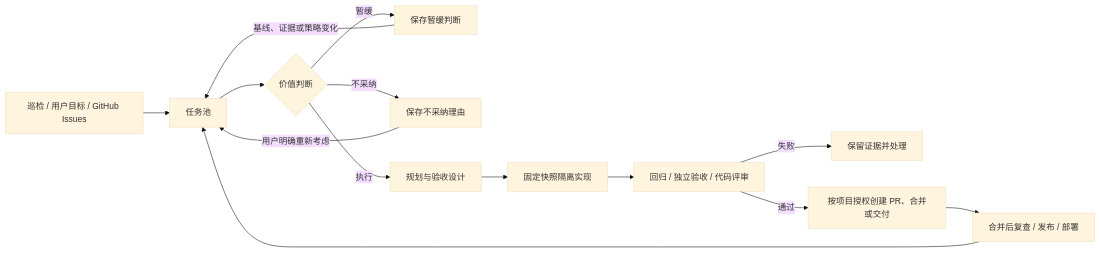
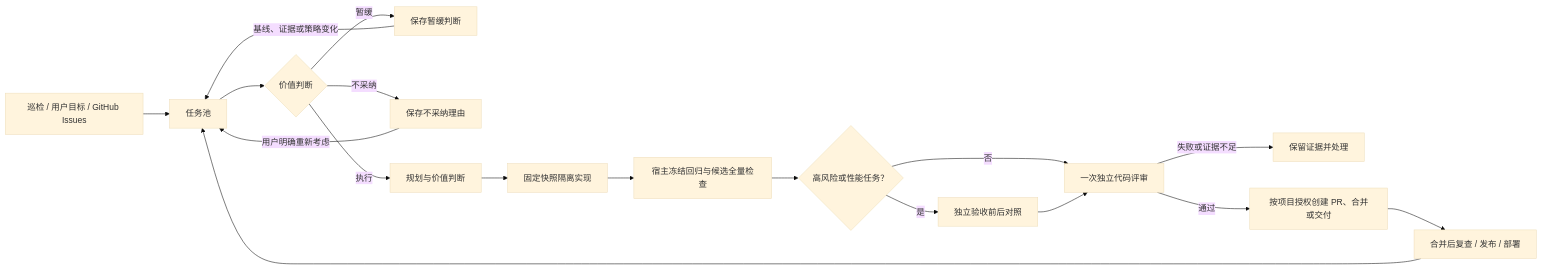
The diagram in README.md (Haoog/Adaptive-RSI), drawn with Mermaid (base theme) before and after one commit. The commit also changed other lines of this file and 18 other files, not shown here.

````diff
--- a/README.md
+++ b/README.md
@@ -30,16 +30,20 @@
 ```mermaid
 flowchart LR
     A[巡检 / 用户目标 / GitHub Issues] --> B[任务池]
     B --> C{价值判断}
     C -->|暂缓| Z[保存暂缓判断]
     C -->|不采纳| Y[保存不采纳理由]
     Z -->|基线、证据或策略变化| B
     Y -->|用户明确重新考虑| B
-    C -->|执行| D[规划与验收设计]
+    C -->|执行| D[规划与价值判断]
     D --> E[固定快照隔离实现]
-    E --> F[回归 / 独立验收 / 代码评审]
-    F -->|失败| G[保留证据并处理]
-    F -->|通过| H[按项目授权创建 PR、合并或交付]
+    E --> F[宿主冻结回归与候选全量检查]
+    F --> G{高风险或性能任务？}
+    G -->|是| V[独立验收前后对照]
+    G -->|否| R[一次独立代码评审]
+    V --> R
+    R -->|失败或证据不足| X[保留证据并处理]
+    R -->|通过| H[按项目授权创建 PR、合并或交付]
     H --> I[合并后复查 / 发布 / 部署]
     I --> B
 ```
````
